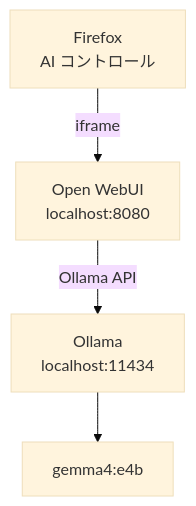
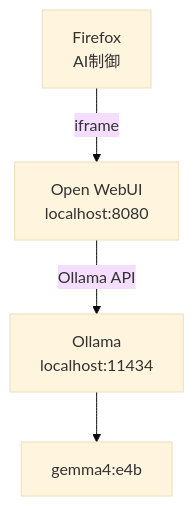
One commit to ftnext/2026-slides changed the diagram in source/hannari-local-llm/llm-lives-in-firefox.rst. Above: the diagram before and after it, drawn with Mermaid (base theme). The commit also changed other lines of this file, not shown here.

```diff
--- a/source/hannari-local-llm/llm-lives-in-firefox.rst
+++ b/source/hannari-local-llm/llm-lives-in-firefox.rst
@@ -28,6 +35,6 @@
 .. mermaid::
 
     flowchart TD
-        A[Firefox<br>AI コントロール] -->|iframe| B[Open WebUI<br>localhost:8080]
+        A[Firefox<br>AI制御] -->|iframe| B[Open WebUI<br>localhost:8080]
         B -->|Ollama API| C[Ollama<br>localhost:11434]
         C --> D["gemma4:e4b"]
```
